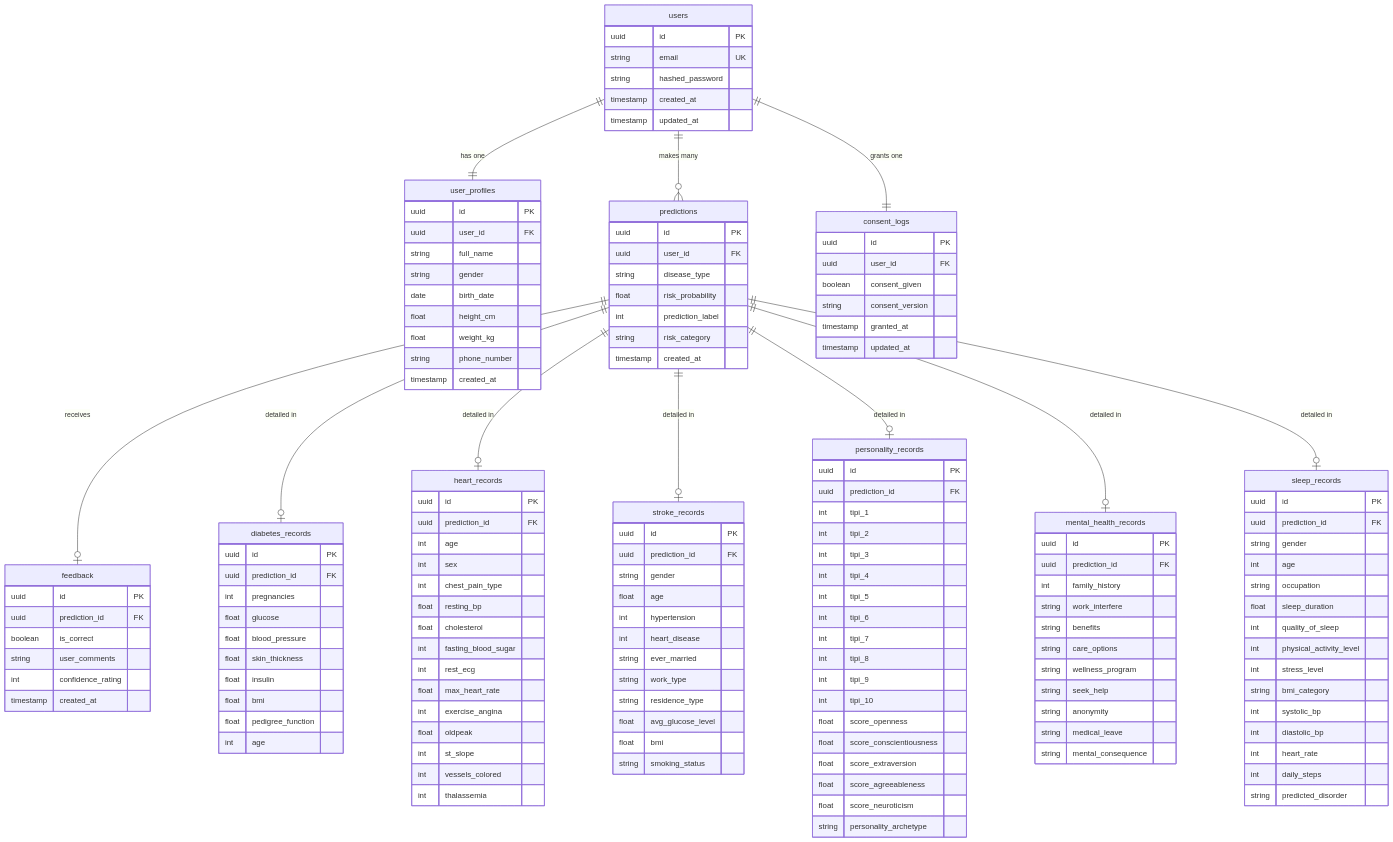
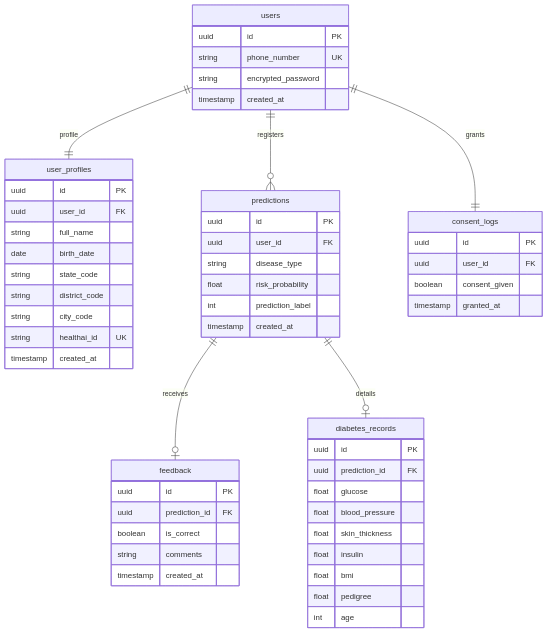
The second of 3 diagrams in docs/THEORY.md (Subhadip-Paul2006/HealthCare-Model), drawn with Mermaid before and after one commit. The commit also changed other lines of this file and 2 other files, not shown here.

````diff
--- a/docs/THEORY.md
+++ b/docs/THEORY.md
@@ -356,20 +305,19 @@
 erDiagram
     users {
         uuid id PK
-        string email UK
-        string hashed_password
+        string phone_number UK
+        string encrypted_password
         timestamp created_at
-        timestamp updated_at
     }
     user_profiles {
         uuid id PK
         uuid user_id FK
         string full_name
-        string gender
         date birth_date
-        float height_cm
-        float weight_kg
-        string phone_number
+        string state_code
+        string district_code
+        string city_code
+        string healthai_id UK
         timestamp created_at
     }
     predictions {
@@ -378,127 +326,36 @@
         string disease_type
         float risk_probability
         int prediction_label
-        string risk_category
         timestamp created_at
     }
     feedback {
         uuid id PK
         uuid prediction_id FK
         boolean is_correct
-        string user_comments
-        int confidence_rating
+        string comments
         timestamp created_at
     }
     consent_logs {
         uuid id PK
         uuid user_id FK
         boolean consent_given
-        string consent_version
         timestamp granted_at
-        timestamp updated_at
     }
     diabetes_records {
         uuid id PK
         uuid prediction_id FK
-        int pregnancies
         float glucose
         float blood_pressure
         float skin_thickness
         float insulin
         float bmi
-        float pedigree_function
+        float pedigree
         int age
     }
-    heart_records {
-        uuid id PK
-        uuid prediction_id FK
-        int age
-        int sex
-        int chest_pain_type
-        float resting_bp
-        float cholesterol
-        int fasting_blood_sugar
-        int rest_ecg
-        float max_heart_rate
-        int exercise_angina
-        float oldpeak
-        int st_slope
-        int vessels_colored
-        int thalassemia
-    }
-    stroke_records {
-        uuid id PK
-        uuid prediction_id FK
-        string gender
-        float age
-        int hypertension
-        int heart_disease
-        string ever_married
-        string work_type
-        string residence_type
-        float avg_glucose_level
-        float bmi
-        string smoking_status
-    }
-    personality_records {
-        uuid id PK
-        uuid prediction_id FK
-        int tipi_1
-        int tipi_2
-        int tipi_3
-        int tipi_4
-        int tipi_5
-        int tipi_6
-        int tipi_7
-        int tipi_8
-        int tipi_9
-        int tipi_10
-        float score_openness
-        float score_conscientiousness
-        float score_extraversion
-        float score_agreeableness
-        float score_neuroticism
-        string personality_archetype
-    }
-    mental_health_records {
-        uuid id PK
-        uuid prediction_id FK
-        int family_history
-        string work_interfere
-        string benefits
-        string care_options
-        string wellness_program
-        string seek_help
-        string anonymity
-        string medical_leave
-        string mental_consequence
-    }
-    sleep_records {
-        uuid id PK
-        uuid prediction_id FK
-        string gender
-        int age
-        string occupation
-        float sleep_duration
-        int quality_of_sleep
-        int physical_activity_level
-        int stress_level
-        string bmi_category
-        int systolic_bp
-        int diastolic_bp
-        int heart_rate
-        int daily_steps
-        string predicted_disorder
-    }
 
-    users ||--|| user_profiles : "has one"
-    users ||--o{ predictions : "makes many"
-    users ||--|| consent_logs : "grants one"
+    users ||--|| user_profiles : "profile"
+    users ||--o{ predictions : "registers"
+    users ||--|| consent_logs : "grants"
     predictions ||--o| feedback : "receives"
-    predictions ||--o| diabetes_records : "detailed in"
-    predictions ||--o| heart_records : "detailed in"
-    predictions ||--o| stroke_records : "detailed in"
-    predictions ||--o| personality_records : "detailed in"
-    predictions ||--o| mental_health_records : "detailed in"
-    predictions ||--o| sleep_records : "detailed in"
+    predictions ||--o| diabetes_records : "details"
 ```
````
